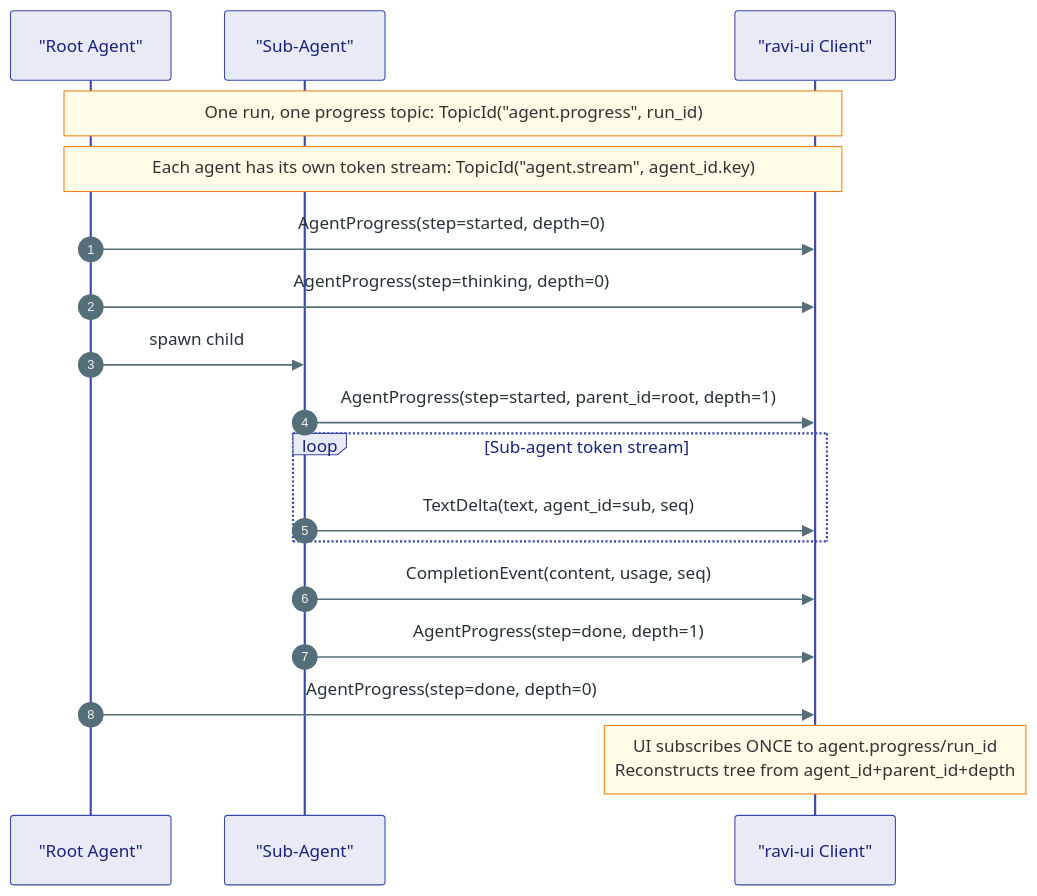
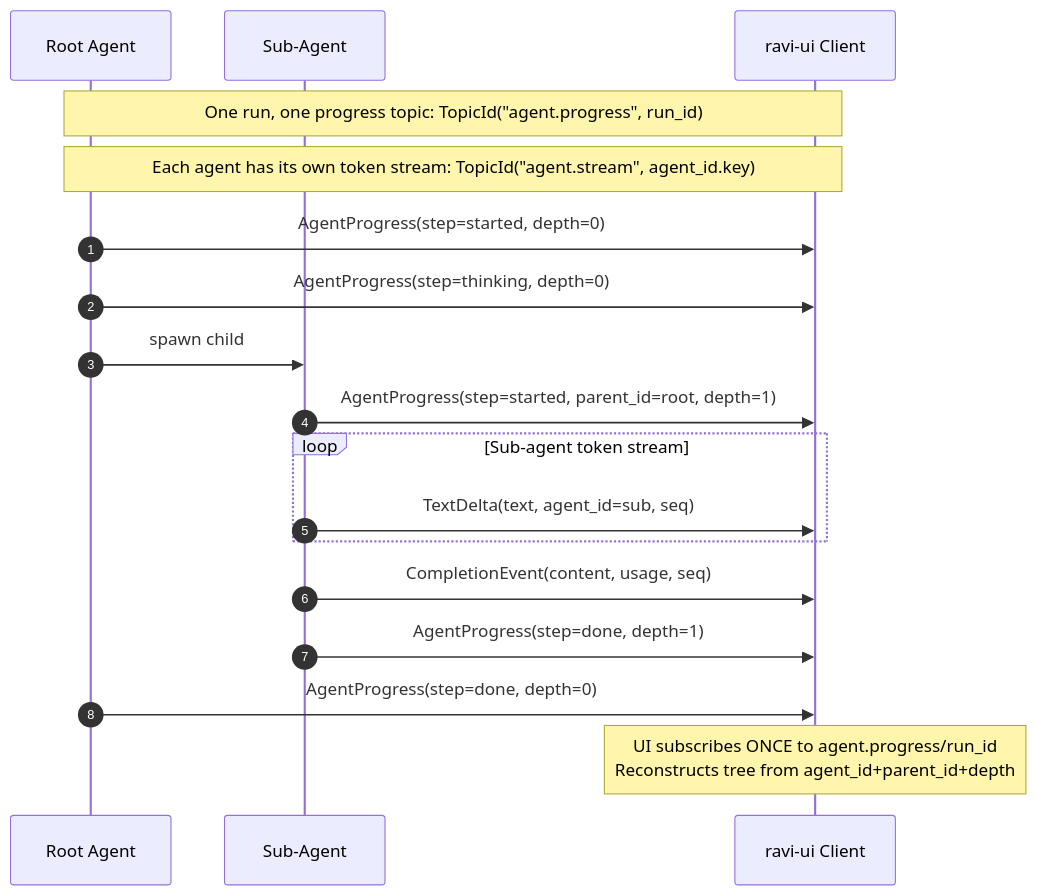
Before and after one commit to Ravikumarchavva/agent-substrate: the diagram in agents/agent-substrate/docs/kernel/03-messaging.md, drawn with Mermaid. The commit also changed other lines of this file and 11 other files, not shown here.

Commit message:
docs: refactor architecture documentation and update diagrams across the kernel module.

````diff
--- a/agents/agent-substrate/docs/kernel/03-messaging.md
+++ b/agents/agent-substrate/docs/kernel/03-messaging.md
@@ -63,28 +48,27 @@
 ```mermaid
-%%{init: {'theme': 'base', 'themeVariables': {'actorBkg': '#E8EAF6','actorBorder': '#3949AB','actorTextColor': '#1A237E','activationBkgColor': '#E3F2FD','activationBorderColor': '#1565C0','noteBkgColor': '#FFFDE7','noteBorderColor': '#F57F17','signalColor': '#546E7A','signalTextColor': '#263238','fontSize': '13px'}}}%%
 sequenceDiagram
     autonumber
-    participant Root as "Root Agent"
-    participant Sub as "Sub-Agent"
-    participant UI as "ravi-ui Client"
+    participant Root as Root Agent
+    participant Sub as Sub-Agent
+    participant UI as ravi-ui Client
 
     Note over Root,UI: One run, one progress topic: TopicId("agent.progress", run_id)
     Note over Root,UI: Each agent has its own token stream: TopicId("agent.stream", agent_id.key)
 
     Root->>UI: AgentProgress(step=started, depth=0)
     Root->>UI: AgentProgress(step=thinking, depth=0)
 
     Root->>Sub: spawn child
     Sub->>UI: AgentProgress(step=started, parent_id=root, depth=1)
 
     loop Sub-agent token stream
         Sub->>UI: TextDelta(text, agent_id=sub, seq)
     end
 
     Sub->>UI: CompletionEvent(content, usage, seq)
     Sub->>UI: AgentProgress(step=done, depth=1)
 
     Root->>UI: AgentProgress(step=done, depth=0)
 
     Note over UI: UI subscribes ONCE to agent.progress/run_id<br/>Reconstructs tree from agent_id+parent_id+depth
 ```
````
